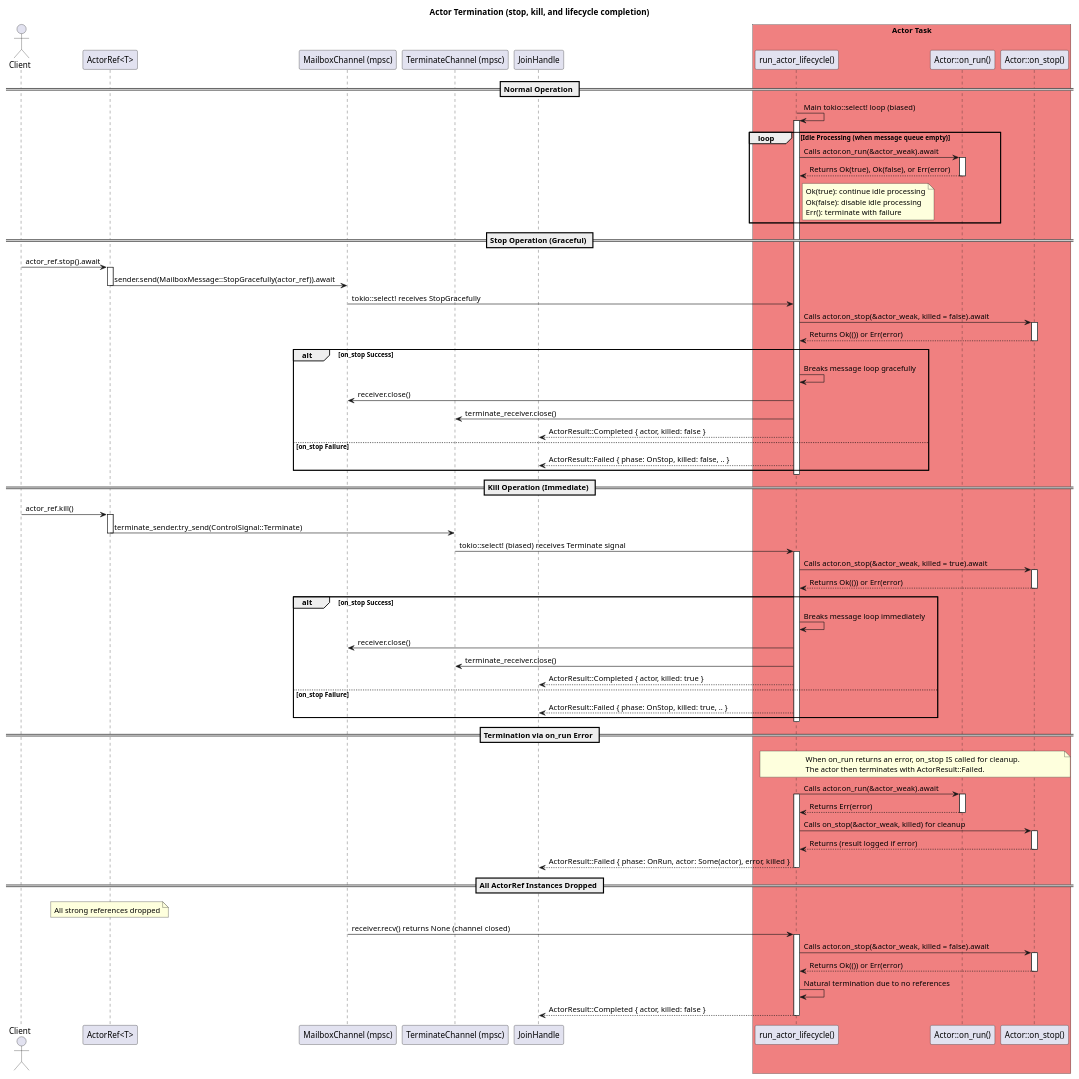
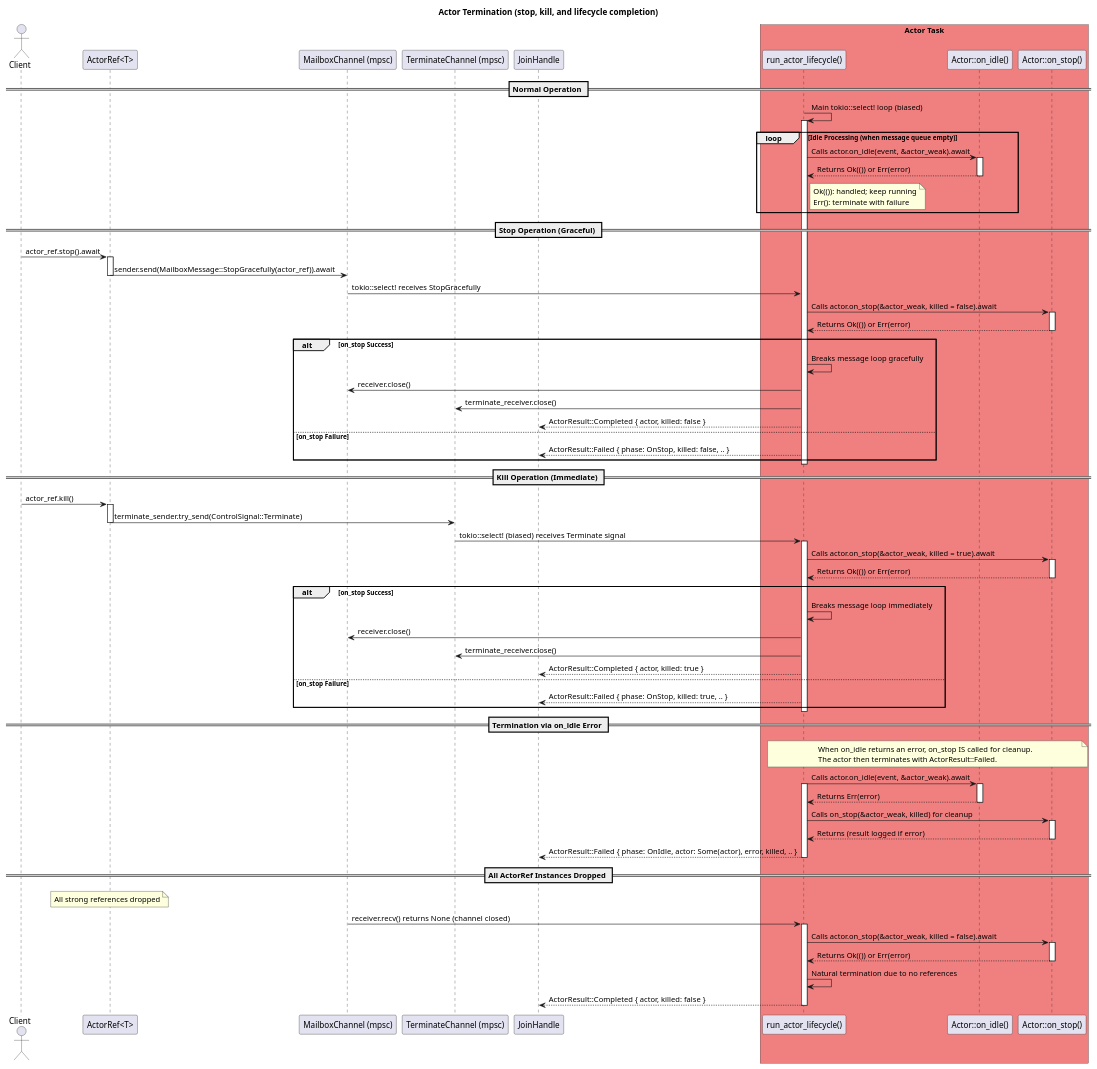
The diagram in docs/termination.puml (hiking90/rsactor), drawn with PlantUML before and after one commit. The commit also changed 16 other files, not shown here.

```diff
--- a/docs/termination.puml
+++ b/docs/termination.puml
@@ -1,107 +1,107 @@
 @startuml Actor Termination
 title Actor Termination (stop, kill, and lifecycle completion)
 
 actor Client
 participant "ActorRef<T>" as ActorRef_obj
 participant "MailboxChannel (mpsc)" as MailboxChannel
 participant "TerminateChannel (mpsc)" as TerminateChannel
 participant "run_actor_lifecycle()" as Lifecycle
-participant "Actor::on_run()" as on_run_method
+participant "Actor::on_idle()" as on_idle_method
 participant "Actor::on_stop()" as on_stop_method
 participant "JoinHandle" as JoinHandle_obj
 
 box "Actor Task" #LightCoral
     participant Lifecycle
-    participant on_run_method
+    participant on_idle_method
     participant on_stop_method
 end box
 
 == Normal Operation ==
 Lifecycle -> Lifecycle: Main tokio::select! loop (biased)
 activate Lifecycle
 loop Idle Processing (when message queue empty)
-  Lifecycle -> on_run_method: Calls actor.on_run(&actor_weak).await
-  activate on_run_method
-  on_run_method --> Lifecycle: Returns Ok(true), Ok(false), or Err(error)
-  deactivate on_run_method
-  note right of Lifecycle: Ok(true): continue idle processing\nOk(false): disable idle processing\nErr(): terminate with failure
+  Lifecycle -> on_idle_method: Calls actor.on_idle(event, &actor_weak).await
+  activate on_idle_method
+  on_idle_method --> Lifecycle: Returns Ok(()) or Err(error)
+  deactivate on_idle_method
+  note right of Lifecycle: Ok(()): handled; keep running\nErr(): terminate with failure
 end
 
 == Stop Operation (Graceful) ==
 Client -> ActorRef_obj: actor_ref.stop().await
 activate ActorRef_obj
 ActorRef_obj -> MailboxChannel: sender.send(MailboxMessage::StopGracefully(actor_ref)).await
 deactivate ActorRef_obj
 
 MailboxChannel -> Lifecycle: tokio::select! receives StopGracefully
 Lifecycle -> on_stop_method: Calls actor.on_stop(&actor_weak, killed = false).await
 activate on_stop_method
 on_stop_method --> Lifecycle: Returns Ok(()) or Err(error)
 deactivate on_stop_method
 
 alt on_stop Success
   Lifecycle -> Lifecycle: Breaks message loop gracefully
   Lifecycle -> MailboxChannel: receiver.close()
   Lifecycle -> TerminateChannel: terminate_receiver.close()
   Lifecycle --> JoinHandle_obj: ActorResult::Completed { actor, killed: false }
 else on_stop Failure
   Lifecycle --> JoinHandle_obj: ActorResult::Failed { phase: OnStop, killed: false, .. }
 end
 deactivate Lifecycle
 
 == Kill Operation (Immediate) ==
 Client -> ActorRef_obj: actor_ref.kill()
 activate ActorRef_obj
 ActorRef_obj -> TerminateChannel: terminate_sender.try_send(ControlSignal::Terminate)
 deactivate ActorRef_obj
 
 TerminateChannel -> Lifecycle: tokio::select! (biased) receives Terminate signal
 activate Lifecycle
 Lifecycle -> on_stop_method: Calls actor.on_stop(&actor_weak, killed = true).await
 activate on_stop_method
 on_stop_method --> Lifecycle: Returns Ok(()) or Err(error)
 deactivate on_stop_method
 
 alt on_stop Success
   Lifecycle -> Lifecycle: Breaks message loop immediately
   Lifecycle -> MailboxChannel: receiver.close()
   Lifecycle -> TerminateChannel: terminate_receiver.close()
   Lifecycle --> JoinHandle_obj: ActorResult::Completed { actor, killed: true }
 else on_stop Failure
   Lifecycle --> JoinHandle_obj: ActorResult::Failed { phase: OnStop, killed: true, .. }
 end
 deactivate Lifecycle
 
-== Termination via on_run Error ==
+== Termination via on_idle Error ==
 note over Lifecycle, on_stop_method
-  When on_run returns an error, on_stop IS called for cleanup.
+  When on_idle returns an error, on_stop IS called for cleanup.
   The actor then terminates with ActorResult::Failed.
 end note
 
-Lifecycle -> on_run_method: Calls actor.on_run(&actor_weak).await
+Lifecycle -> on_idle_method: Calls actor.on_idle(event, &actor_weak).await
 activate Lifecycle
-activate on_run_method
-on_run_method --> Lifecycle: Returns Err(error)
-deactivate on_run_method
+activate on_idle_method
+on_idle_method --> Lifecycle: Returns Err(error)
+deactivate on_idle_method
 
 Lifecycle -> on_stop_method: Calls on_stop(&actor_weak, killed) for cleanup
 activate on_stop_method
 on_stop_method --> Lifecycle: Returns (result logged if error)
 deactivate on_stop_method
 
-Lifecycle --> JoinHandle_obj: ActorResult::Failed { phase: OnRun, actor: Some(actor), error, killed }
+Lifecycle --> JoinHandle_obj: ActorResult::Failed { phase: OnIdle, actor: Some(actor), error, killed, .. }
 deactivate Lifecycle
 
 == All ActorRef Instances Dropped ==
 note over ActorRef_obj: All strong references dropped
 MailboxChannel -> Lifecycle: receiver.recv() returns None (channel closed)
 activate Lifecycle
 Lifecycle -> on_stop_method: Calls actor.on_stop(&actor_weak, killed = false).await
 activate on_stop_method
 on_stop_method --> Lifecycle: Returns Ok(()) or Err(error)
 deactivate on_stop_method
 Lifecycle -> Lifecycle: Natural termination due to no references
 Lifecycle --> JoinHandle_obj: ActorResult::Completed { actor, killed: false }
 deactivate Lifecycle
 
 @enduml
```
